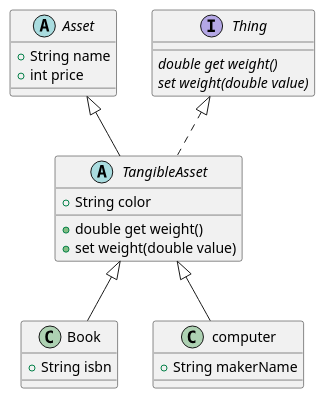
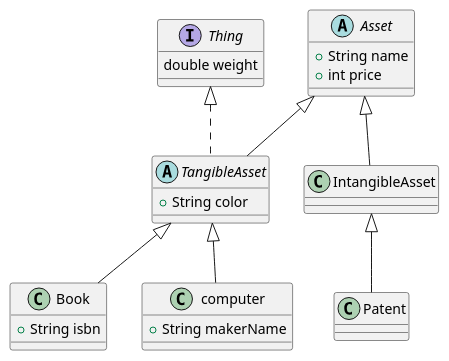
One commit to orm-camp-flutter-2ki/learn_dart_together changed the diagram in lib/24_03_13/asset_diagram.puml. Above: the diagram before and after it, drawn with PlantUML.

Commit message:
Feat: Asset 클래스 puml 수정
getter, setter를 weight 로 변환, IntangibleAsset,Patent 클래스 추가

```diff
--- a/lib/24_03_13/asset_diagram.puml
+++ b/lib/24_03_13/asset_diagram.puml
@@ -1,35 +1,40 @@
 @startuml Asset
 
 
 
 abstract class Asset{
     +String name
     +int price
 }
 
 interface Thing{
 
-   {abstract} double get weight()
-   {abstract} set weight(double value)
+double weight
+
 }
 
 
 abstract class TangibleAsset extends Asset implements Thing{
     +String color
-   + double get weight()
-   + set weight(double value)
+
 }
 class Book extends TangibleAsset{
 
     +String isbn
 }
 
 class computer extends TangibleAsset{
 
     +String makerName
 }
 
+class IntangibleAsset extends Asset{
+}
+
+class Patent extends IntangibleAsset{
+}
+
 
 
 
 @enduml
```
